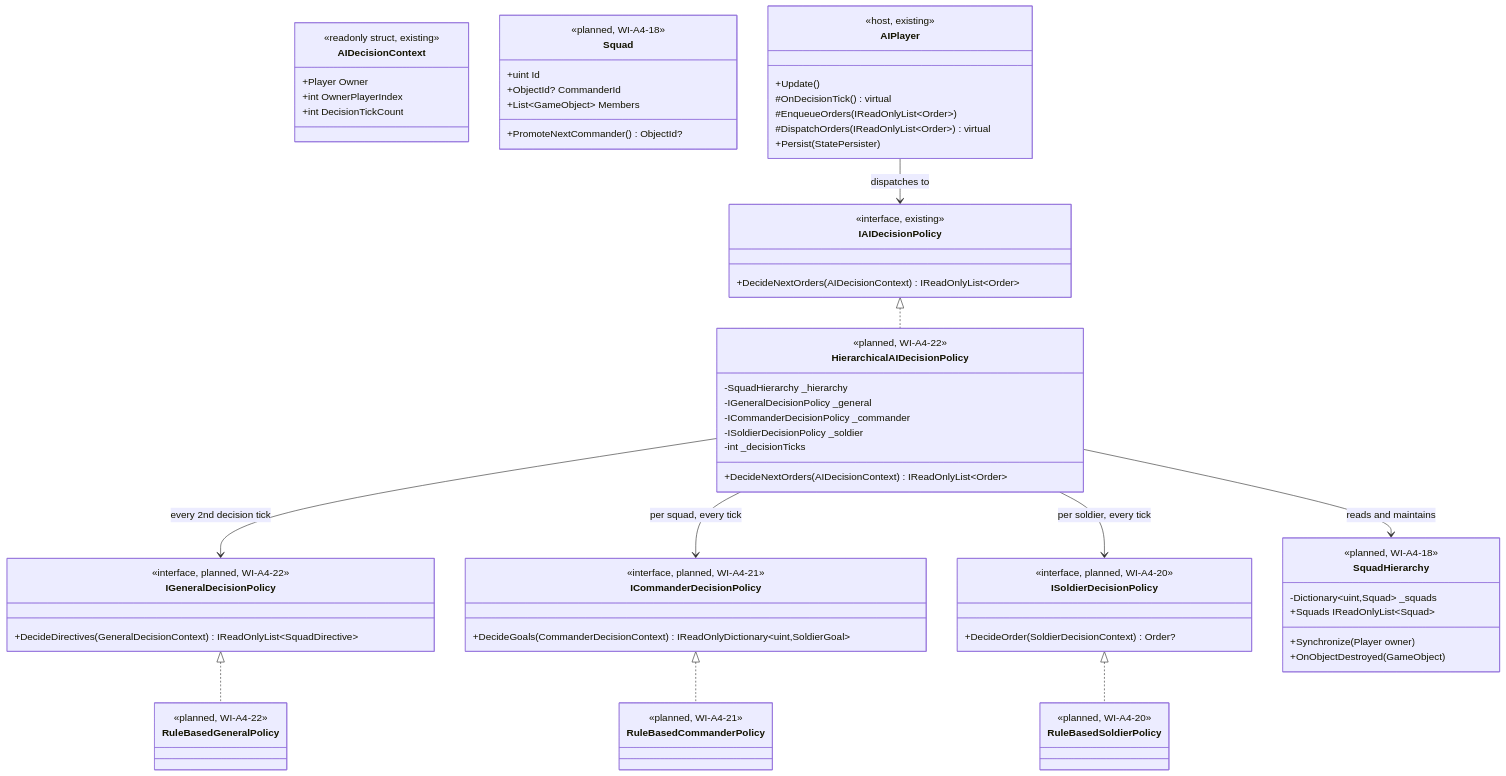
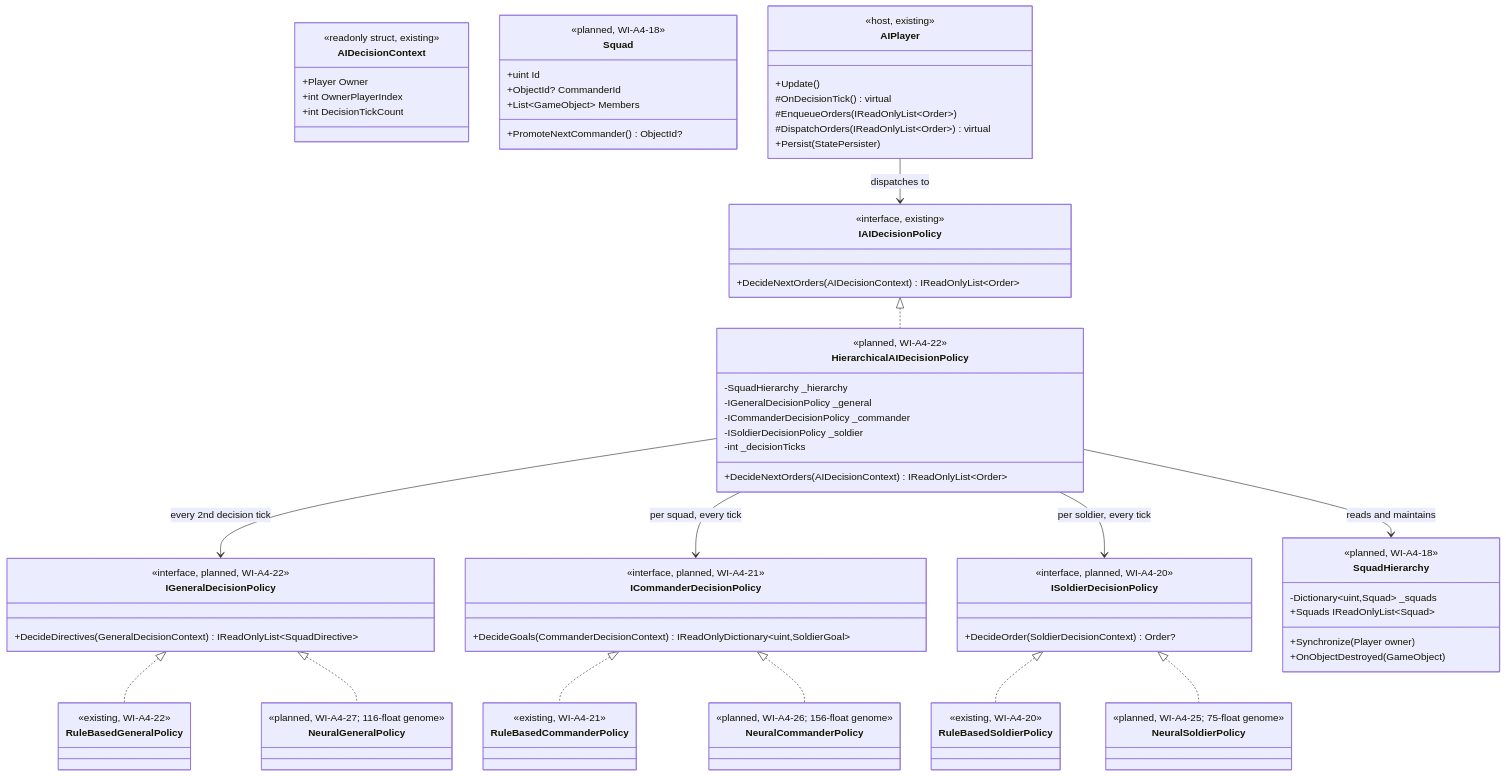
One commit to rmessinger/Panopticon changed the first of 2 diagrams in docs/roadmap/deep-dives/a4-decentralized-hierarchical-ai.md. Above: the diagram before and after it, drawn with Mermaid. The commit also changed other lines of this file and 3 other files, not shown here.

Commit message:
WI-A4-24: freeze hierarchical neural policy contracts

````diff
--- a/docs/roadmap/deep-dives/a4-decentralized-hierarchical-ai.md
+++ b/docs/roadmap/deep-dives/a4-decentralized-hierarchical-ai.md
@@ -342,13 +342,22 @@
   }
 
   class RuleBasedGeneralPolicy {
-    <<planned, WI-A4-22>>
+    <<existing, WI-A4-22>>
   }
   class RuleBasedCommanderPolicy {
-    <<planned, WI-A4-21>>
+    <<existing, WI-A4-21>>
   }
   class RuleBasedSoldierPolicy {
-    <<planned, WI-A4-20>>
+    <<existing, WI-A4-20>>
+  }
+  class NeuralGeneralPolicy {
+    <<planned, WI-A4-27; 116-float genome>>
+  }
+  class NeuralCommanderPolicy {
+    <<planned, WI-A4-26; 156-float genome>>
+  }
+  class NeuralSoldierPolicy {
+    <<planned, WI-A4-25; 75-float genome>>
   }
 
   class AIPlayer {
@@ -368,5 +377,8 @@
   IGeneralDecisionPolicy <|.. RuleBasedGeneralPolicy
   ICommanderDecisionPolicy <|.. RuleBasedCommanderPolicy
   ISoldierDecisionPolicy <|.. RuleBasedSoldierPolicy
+  IGeneralDecisionPolicy <|.. NeuralGeneralPolicy
+  ICommanderDecisionPolicy <|.. NeuralCommanderPolicy
+  ISoldierDecisionPolicy <|.. NeuralSoldierPolicy
   AIPlayer --> IAIDecisionPolicy : dispatches to
 ```
````
